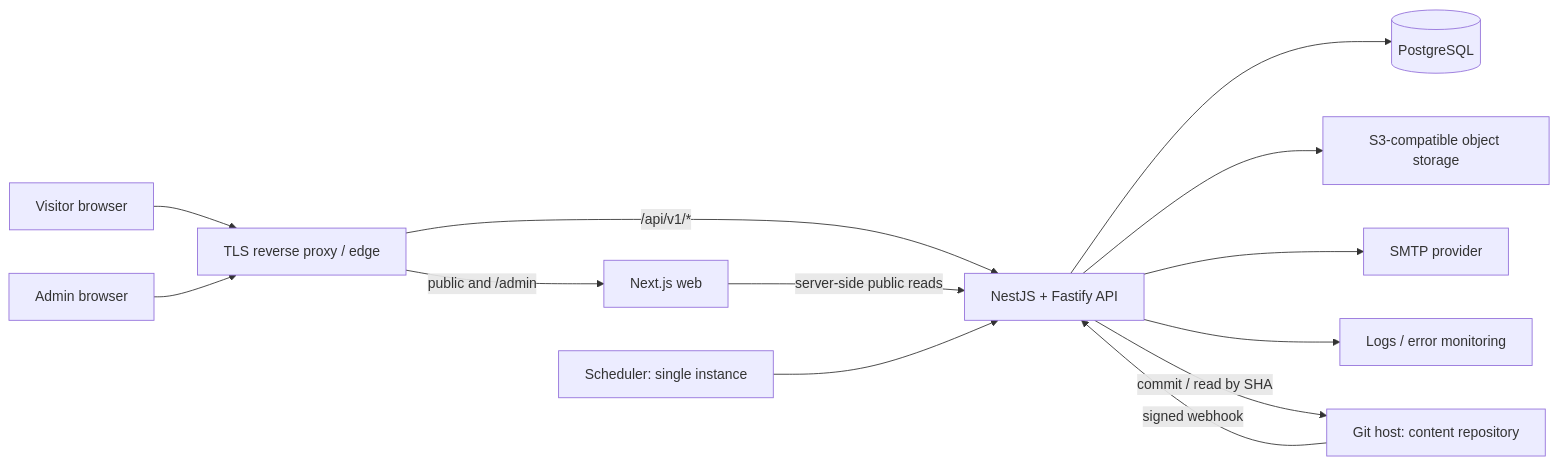
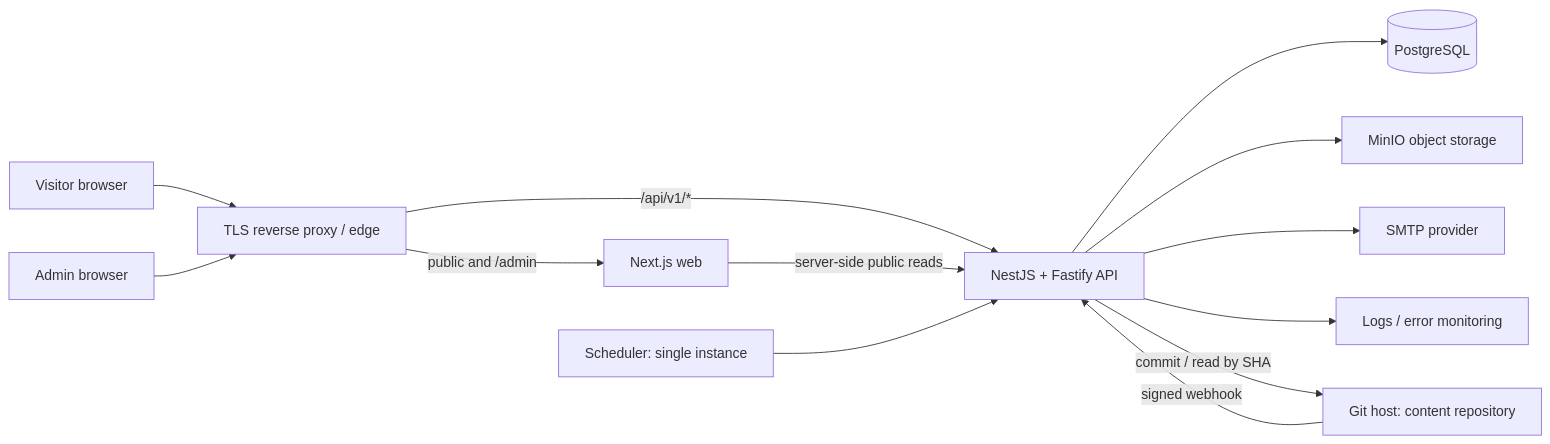
One commit to amirrrreza1/Portfolio changed the diagram in docs/ARCHITECTURE.md. Above: the diagram before and after it, drawn with Mermaid. The commit also changed other lines of this file and 9 other files, not shown here.

Commit message:
docs: switch object storage to MinIO

````diff
--- a/docs/ARCHITECTURE.md
+++ b/docs/ARCHITECTURE.md
@@ -18,15 +18,15 @@
 ```mermaid
 flowchart LR
   V["Visitor browser"] --> E["TLS reverse proxy / edge"]
   A["Admin browser"] --> E
   E -->|"public and /admin"| W["Next.js web"]
   E -->|"/api/v1/*"| API["NestJS + Fastify API"]
   W -->|"server-side public reads"| API
   API --> DB[("PostgreSQL")]
-  API --> OBJ["S3-compatible object storage"]
+  API --> OBJ["MinIO object storage"]
   API --> SMTP["SMTP provider"]
   API --> OBS["Logs / error monitoring"]
   API -->|"commit / read by SHA"| GIT["Git host: content repository"]
   GIT -->|"signed webhook"| API
   SCHED["Scheduler: single instance"] --> API
 ```
````
